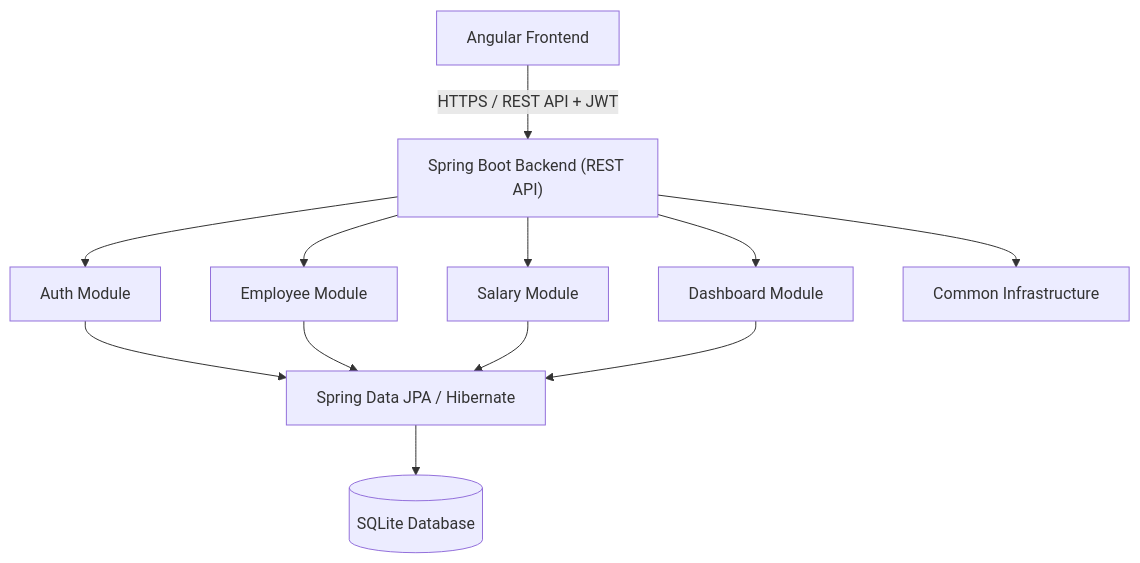
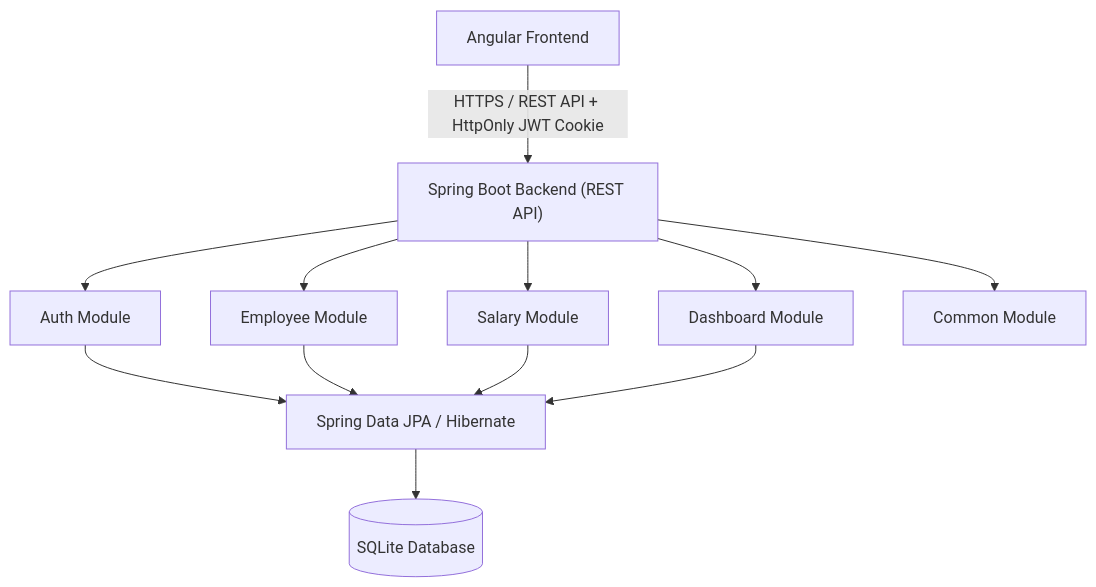
Before and after one commit to aakash1803/salary-management-system: the diagram in docs/architecture.md, drawn with Mermaid. The commit also changed other lines of this file, not shown here.

Commit message:
docs: update architecture for cookie-based authentication

````diff
--- a/docs/architecture.md
+++ b/docs/architecture.md
@@ -204,24 +232,24 @@
 ```mermaid
 flowchart TD
     FE["Angular Frontend"]
     API["Spring Boot Backend (REST API)"]
     AUTH["Auth Module"]
     EMP["Employee Module"]
     SAL["Salary Module"]
     DASH["Dashboard Module"]
-    COMMON["Common Infrastructure"]
+    COMMON["Common Module"]
     JPA["Spring Data JPA / Hibernate"]
     DB[("SQLite Database")]
 
-    FE -->|"HTTPS / REST API + JWT"| API
+    FE -->|"HTTPS / REST API + HttpOnly JWT Cookie"| API
     API --> AUTH
     API --> EMP
     API --> SAL
     API --> DASH
     API --> COMMON
     AUTH --> JPA
     EMP --> JPA
     SAL --> JPA
     DASH --> JPA
     JPA --> DB
 ```
````
